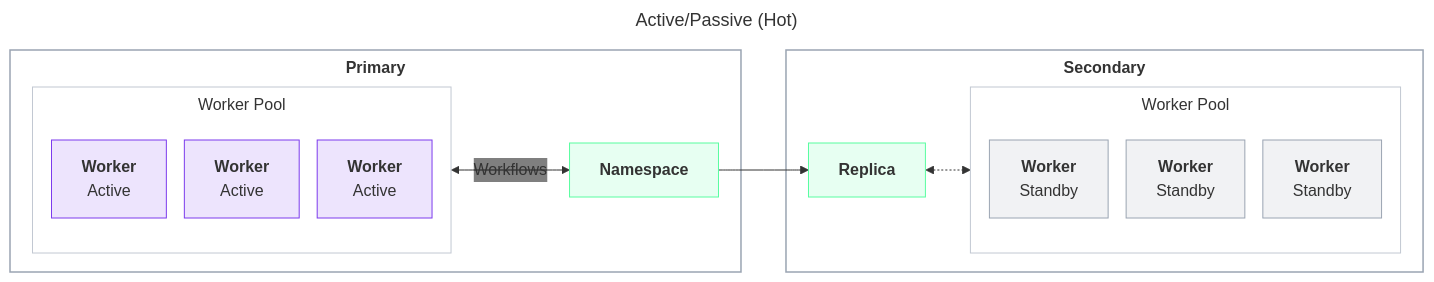
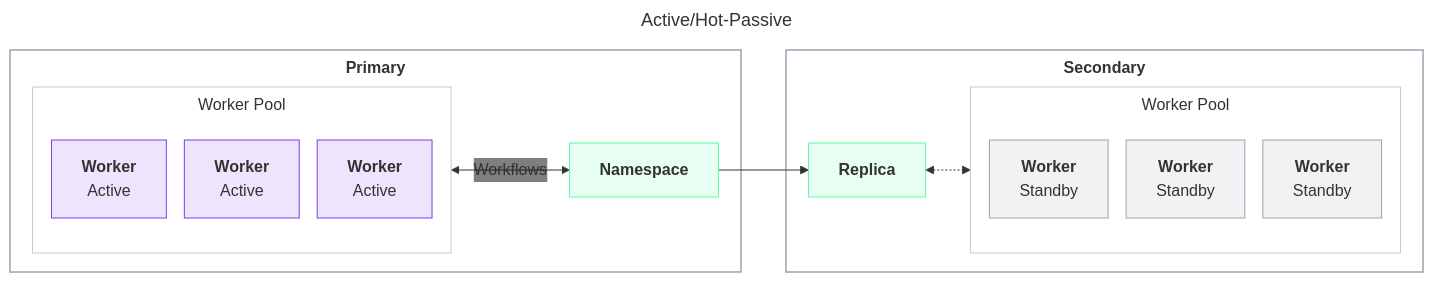
One commit to temporalio/documentation changed the third of 15 diagrams in docs/cloud/high-availability/architecture-patterns.mdx. Above: the diagram before and after it, drawn with Mermaid. The commit also changed other lines of this file and 4 other files, not shown here.

````diff
--- a/docs/cloud/high-availability/architecture-patterns.mdx
+++ b/docs/cloud/high-availability/architecture-patterns.mdx
@@ -121,33 +121,33 @@
 ```mermaid
 ---
-title: Active/Passive (Hot)
+title: Active/Hot-Passive
 ---
 %%{init: {'themeVariables':{'fontFamily':'Inter, ui-sans-serif, system-ui, sans-serif','edgeLabelBackground':'transparent'},'flowchart':{'nodeSpacing':18,'rankSpacing':45,'curve':'basis','subGraphTitleMargin':{'top':6,'bottom':12}}}}%%
 flowchart LR
     classDef worker fill:#7C3AED22,stroke:#7C3AED,stroke-width:1px;
     classDef standby fill:#9aa4b224,stroke:#9aa4b2,stroke-width:1px;
     classDef ns fill:#59FDA024,stroke:#59FDA0,stroke-width:1px;
     classDef region fill:transparent,stroke:#9aa4b2,stroke-width:1.5px;
     classDef pool fill:transparent,stroke:#c2c8d2,stroke-width:1px;
     subgraph IHPRIM["<b>Primary</b>"]
       subgraph IHWP["Worker Pool"]
         IHW1["<b>Worker</b><br/>Active"]:::worker
         IHW2["<b>Worker</b><br/>Active"]:::worker
         IHW3["<b>Worker</b><br/>Active"]:::worker
       end
       IHNS["<b>Namespace</b>"]:::ns
       IHWP <-->|Workflows| IHNS
     end
     subgraph IHSEC["<b>Secondary</b>"]
       IHR["<b>Replica</b>"]:::ns
       subgraph IHWP2["Worker Pool"]
         IHS1["<b>Worker</b><br/>Standby"]:::standby
         IHS2["<b>Worker</b><br/>Standby"]:::standby
         IHS3["<b>Worker</b><br/>Standby"]:::standby
       end
       IHR <-.-> IHWP2
     end
     IHNS --> IHR
     class IHPRIM,IHSEC region
     class IHWP,IHWP2 pool
 ```
````
